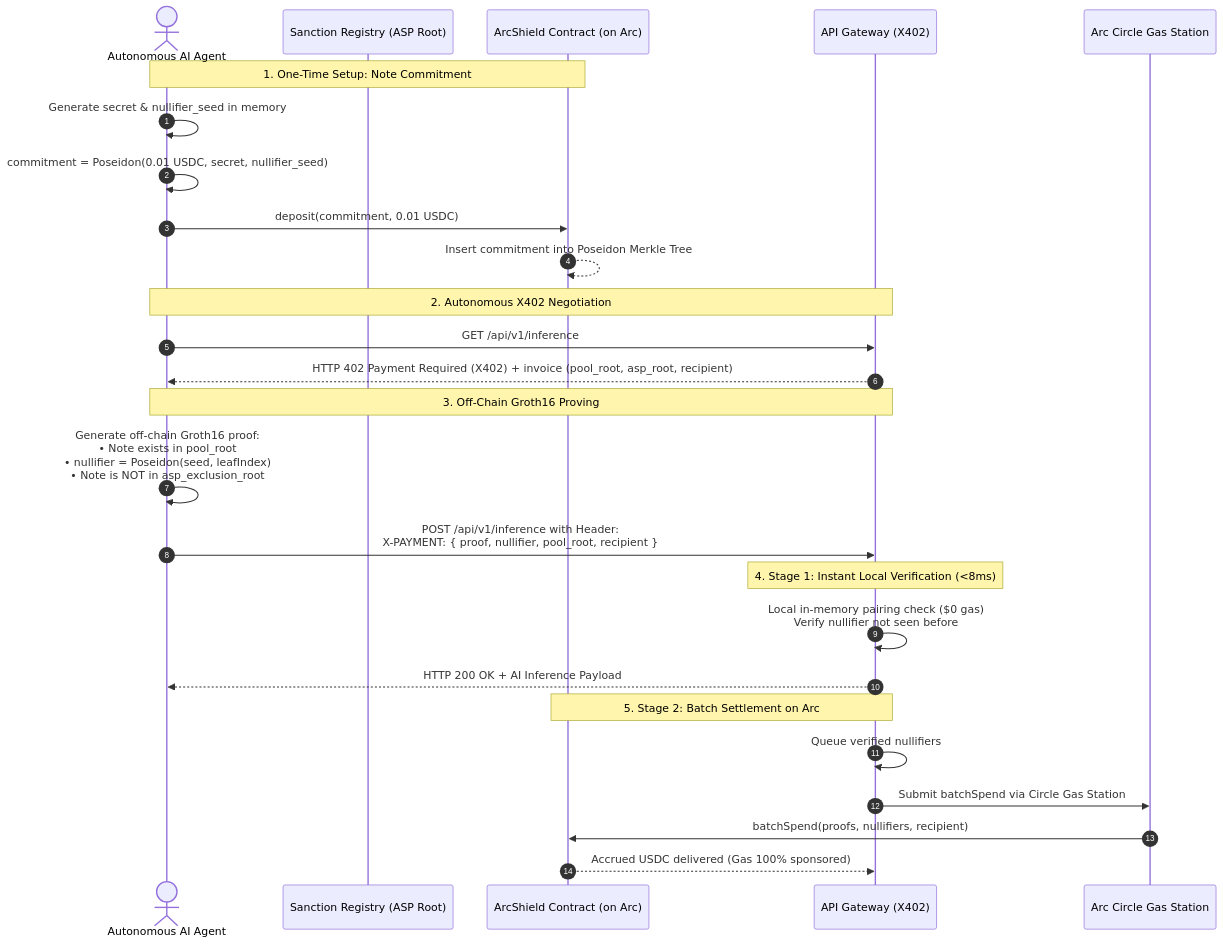
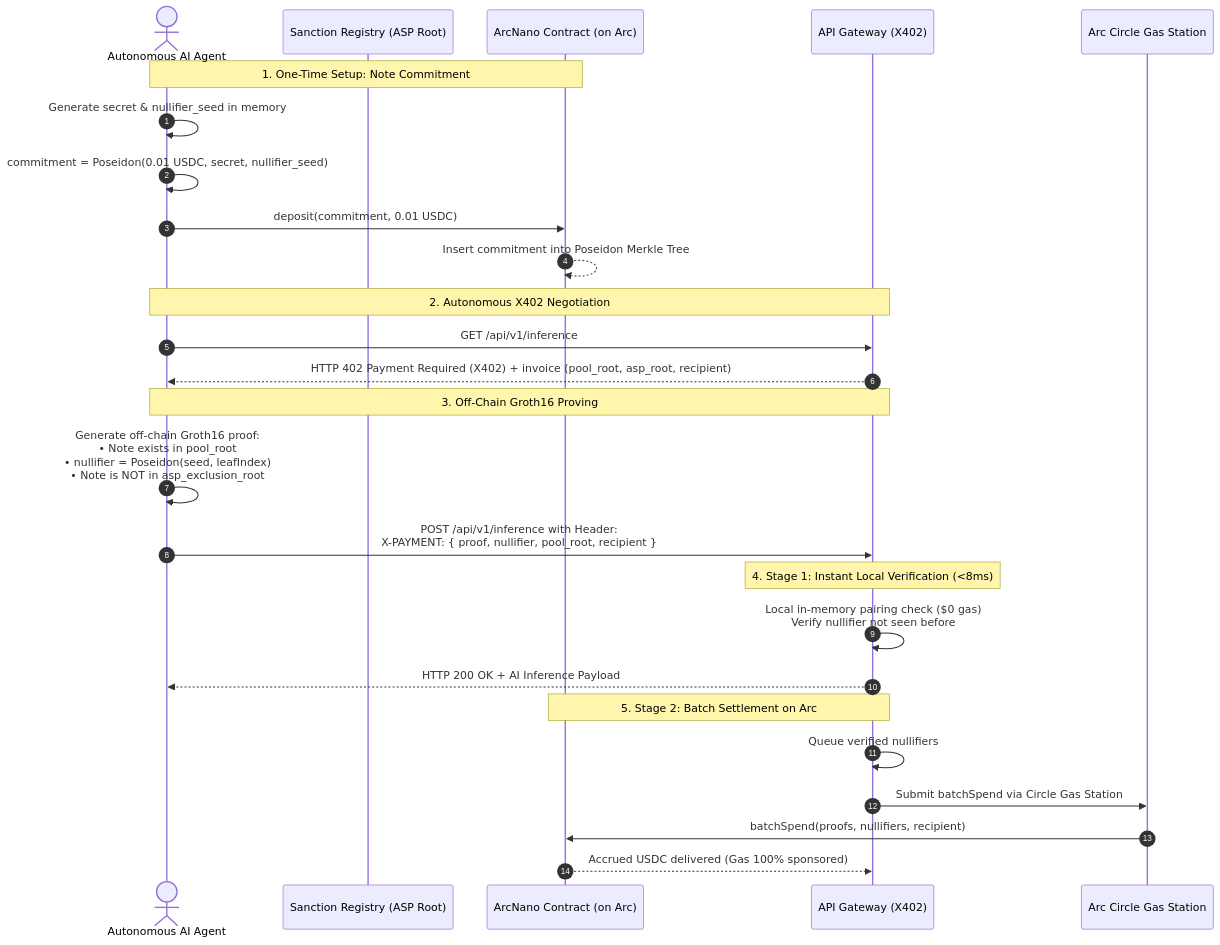
One commit to Trymbakmahant/arcnano changed the diagram in README.md. Above: the diagram before and after it, drawn with Mermaid. The commit also changed other lines of this file, not shown here.

Commit message:
docs: rebrand all protocol and contract references in README to ArcNano

````diff
--- a/README.md
+++ b/README.md
@@ -43,33 +43,33 @@
 ```mermaid
 sequenceDiagram
     autonumber
     actor Agent as Autonomous AI Agent
     participant ASP as Sanction Registry (ASP Root)
-    participant ArcPool as ArcShield Contract (on Arc)
+    participant ArcPool as ArcNano Contract (on Arc)
     participant Receiver as API Gateway (X402)
     participant GasStation as Arc Circle Gas Station
 
     Note over Agent,ArcPool: 1. One-Time Setup: Note Commitment
     Agent->>Agent: Generate secret & nullifier_seed in memory
     Agent->>Agent: commitment = Poseidon(0.01 USDC, secret, nullifier_seed)
     Agent->>ArcPool: deposit(commitment, 0.01 USDC)
     ArcPool-->>ArcPool: Insert commitment into Poseidon Merkle Tree
 
     Note over Agent,Receiver: 2. Autonomous X402 Negotiation
     Agent->>Receiver: GET /api/v1/inference
     Receiver-->>Agent: HTTP 402 Payment Required (X402) + invoice (pool_root, asp_root, recipient)
 
     Note over Agent,Receiver: 3. Off-Chain Groth16 Proving
     Agent->>Agent: Generate off-chain Groth16 proof:<br/>• Note exists in pool_root<br/>• nullifier = Poseidon(seed, leafIndex)<br/>• Note is NOT in asp_exclusion_root
     Agent->>Receiver: POST /api/v1/inference with Header:<br/>X-PAYMENT: { proof, nullifier, pool_root, recipient }
 
     Note over Receiver: 4. Stage 1: Instant Local Verification (<8ms)
     Receiver->>Receiver: Local in-memory pairing check ($0 gas)<br/>Verify nullifier not seen before
     Receiver-->>Agent: HTTP 200 OK + AI Inference Payload
 
     Note over Receiver,ArcPool: 5. Stage 2: Batch Settlement on Arc
     Receiver->>Receiver: Queue verified nullifiers
     Receiver->>GasStation: Submit batchSpend via Circle Gas Station
     GasStation->>ArcPool: batchSpend(proofs, nullifiers, recipient)
     ArcPool-->>Receiver: Accrued USDC delivered (Gas 100% sponsored)
 ```
````
